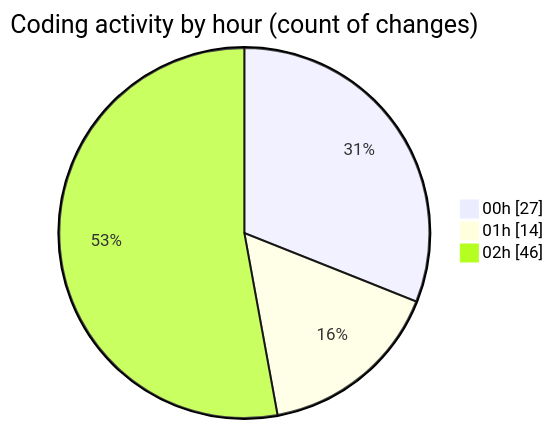
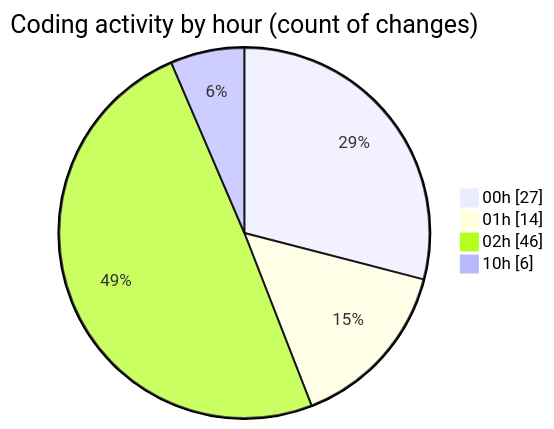
The second of 2 diagrams in 2025-07-17/nhahang/README.md (lephambinh05/code-tracking), drawn with Mermaid before and after one commit. The commit also changed other lines of this file and 1 other file, not shown here.

````diff
--- a/2025-07-17/nhahang/README.md
+++ b/2025-07-17/nhahang/README.md
@@ -57,7 +58,8 @@
 ```mermaid
 pie showData
 title Coding activity by hour (count of changes)
 "00h" : 27
 "01h" : 14
 "02h" : 46
+"10h" : 6
 ```
````
